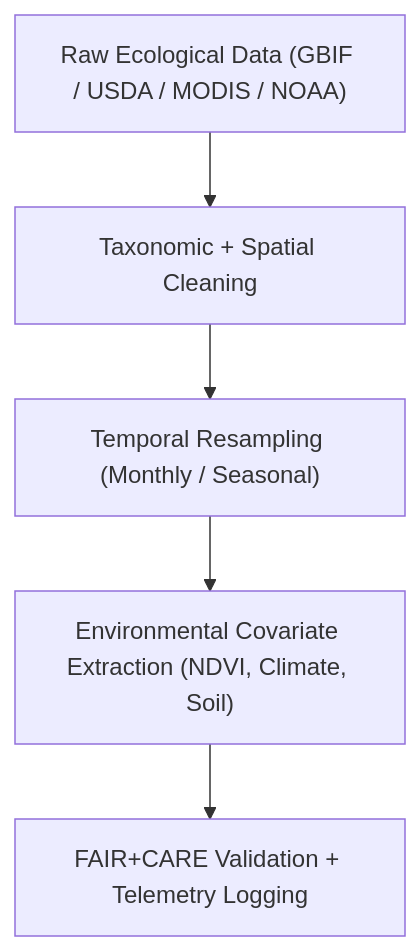
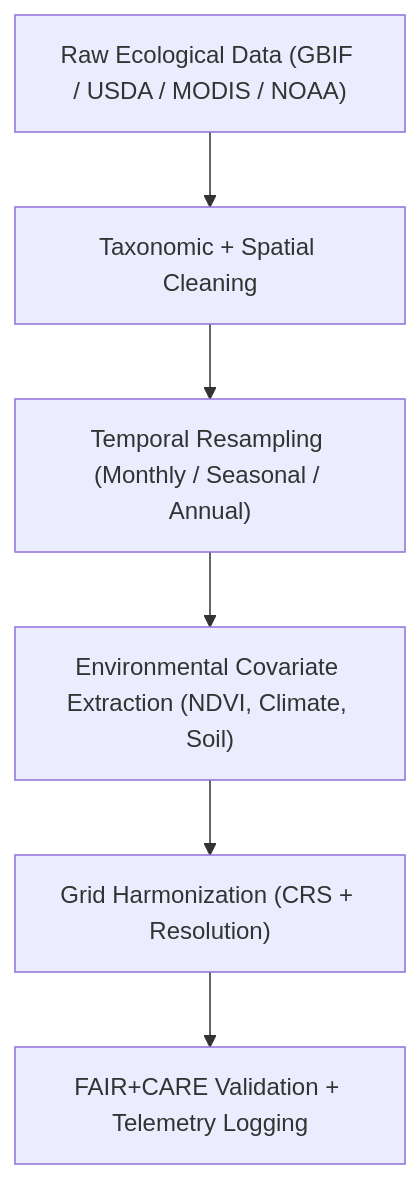
Before and after one commit to bartytime4life/Kansas-Frontier-Matrix: the diagram in docs/analyses/ecology/datasets/processed/README.md, drawn with Mermaid. The commit also changed other lines of this file, not shown here.

````diff
--- a/docs/analyses/ecology/datasets/processed/README.md
+++ b/docs/analyses/ecology/datasets/processed/README.md
@@ -68,7 +167,8 @@
 ```mermaid
 flowchart TD
   A["Raw Ecological Data (GBIF / USDA / MODIS / NOAA)"] --> B["Taxonomic + Spatial Cleaning"]
-  B --> C["Temporal Resampling (Monthly / Seasonal)"]
+  B --> C["Temporal Resampling (Monthly / Seasonal / Annual)"]
   C --> D["Environmental Covariate Extraction (NDVI, Climate, Soil)"]
-  D --> E["FAIR+CARE Validation + Telemetry Logging"]
+  D --> E["Grid Harmonization (CRS + Resolution)"]
+  E --> F["FAIR+CARE Validation + Telemetry Logging"]
 ```
````
